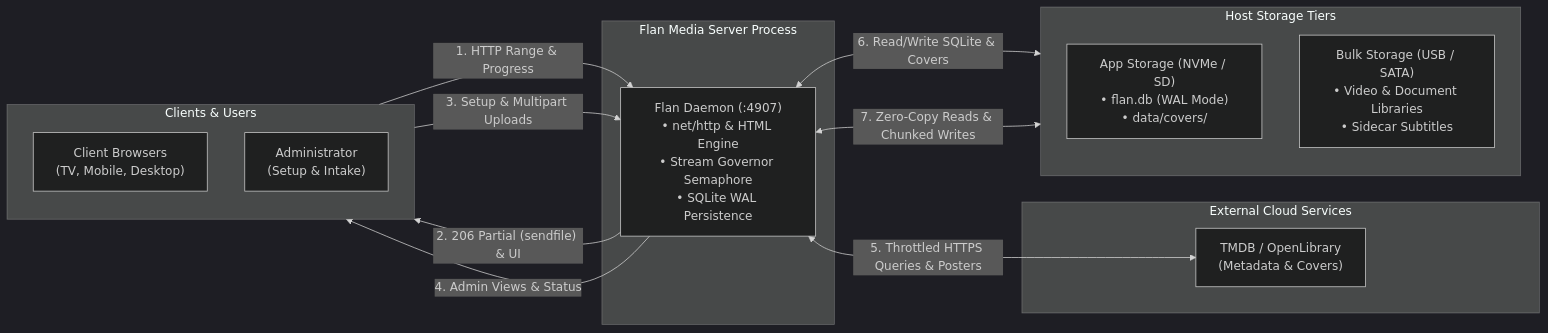
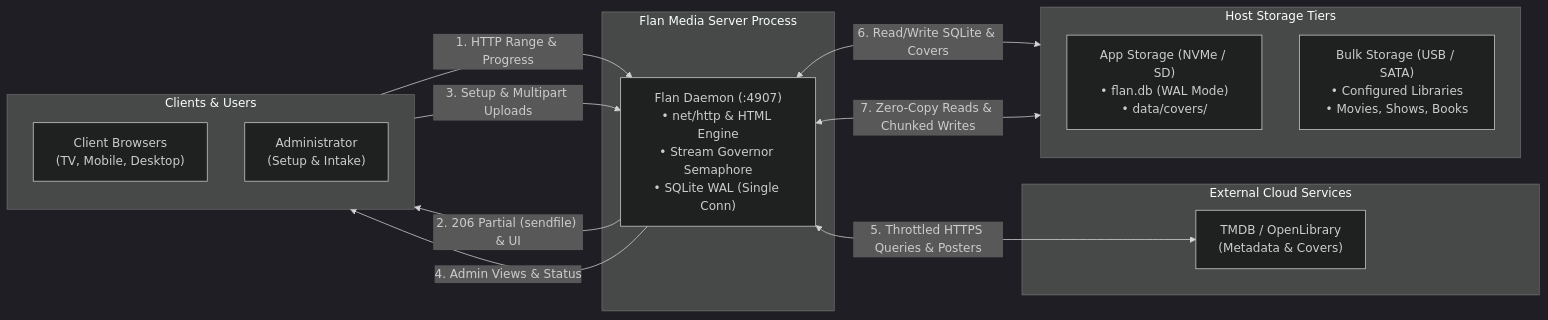
Before and after one commit to WesleyEsq/Flan-Media-Server: the first of 6 diagrams in docs/diagrams/data-flow.md, drawn with Mermaid (dark theme). The commit also changed other lines of this file and 15 other files, not shown here.

````diff
--- a/docs/diagrams/data-flow.md
+++ b/docs/diagrams/data-flow.md
@@ -11,37 +11,37 @@
 ```mermaid
 flowchart LR
     subgraph Clients["Clients & Users"]
         direction TB
         Browser["Client Browsers<br/>(TV, Mobile, Desktop)"]
         Admin["Administrator<br/>(Setup & Intake)"]
     end
 
     subgraph Core["Flan Media Server Process"]
-        Daemon["Flan Daemon (:4907)<br/>• net/http & HTML Engine<br/>• Stream Governor Semaphore<br/>• SQLite WAL Persistence"]
+        Daemon["Flan Daemon (:4907)<br/>• net/http & HTML Engine<br/>• Stream Governor Semaphore<br/>• SQLite WAL (Single Conn)"]
     end
 
     subgraph External["External Cloud Services"]
         TMDB["TMDB / OpenLibrary<br/>(Metadata & Covers)"]
     end
 
     subgraph Storage["Host Storage Tiers"]
         direction TB
         AppData["App Storage (NVMe / SD)<br/>• flan.db (WAL Mode)<br/>• data/covers/"]
-        BulkMedia["Bulk Storage (USB / SATA)<br/>• Video & Document Libraries<br/>• Sidecar Subtitles"]
+        BulkMedia["Bulk Storage (USB / SATA)<br/>• Configured Libraries<br/>• Movies, Shows, Books"]
     end
 
     %% Client Interactions
     Browser -->|"1. HTTP Range & Progress"| Daemon
     Daemon -->|"2. 206 Partial (sendfile) & UI"| Browser
 
     %% Admin Interactions
     Admin -->|"3. Setup & Multipart Uploads"| Daemon
     Daemon -->|"4. Admin Views & Status"| Admin
 
     %% Upstream Metadata
     Daemon <-->|"5. Throttled HTTPS Queries & Posters"| TMDB
 
     %% Storage Interactions
     Daemon <-->|"6. Read/Write SQLite & Covers"| AppData
     Daemon <-->|"7. Zero-Copy Reads & Chunked Writes"| BulkMedia
 ```
````
